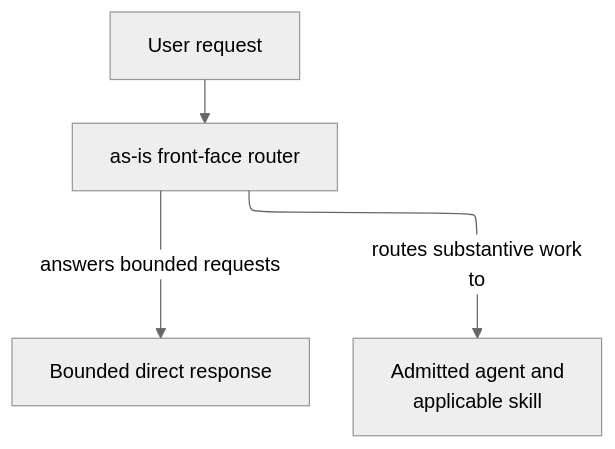
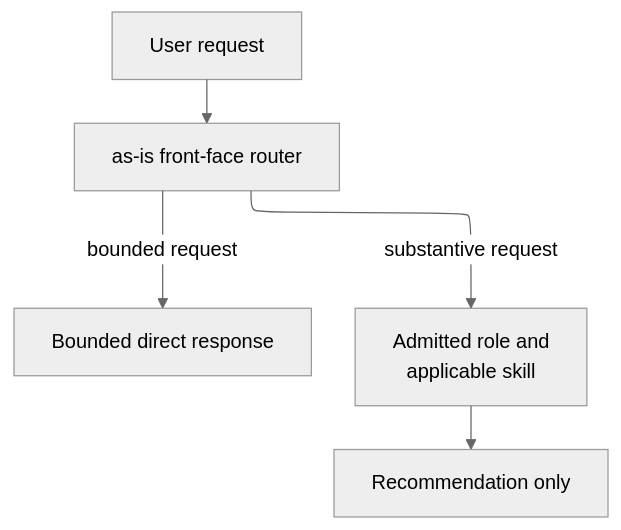
Before and after one commit to abstract-business-systems/as-is: the diagram in agents/as-is/as-is.md, drawn with Mermaid (neutral theme). The commit also changed other lines of this file and 35 other files, not shown here.

````diff
--- a/agents/as-is/as-is.md
+++ b/agents/as-is/as-is.md
@@ -16,10 +15,11 @@
 ```mermaid
 ---
 config:
   layout: elk
 ---
 flowchart TB
     Request["User request"] --> Router["as-is front-face router"]
-    Router -->|answers bounded requests| Direct["Bounded direct response"]
-    Router -->|routes substantive work<br/>to| Target["Admitted agent and<br/>applicable skill"]
+    Router -->|bounded request| Direct["Bounded direct response"]
+    Router -->|substantive request| Target["Admitted role and<br/>applicable skill"]
+    Target --> Recommendation["Recommendation only"]
 ```
````
